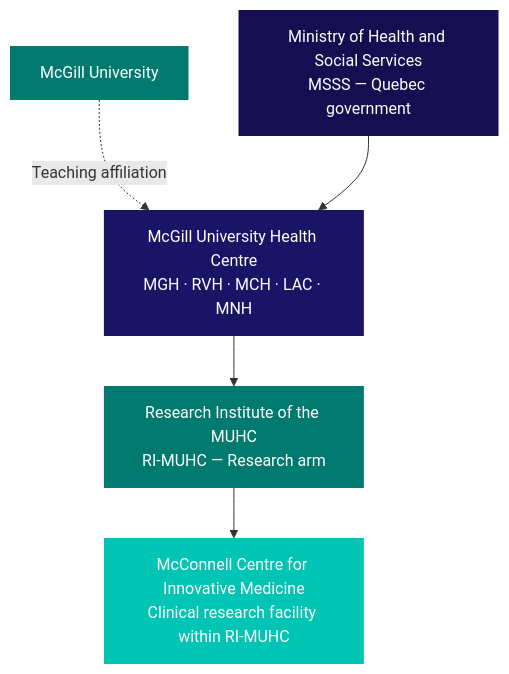
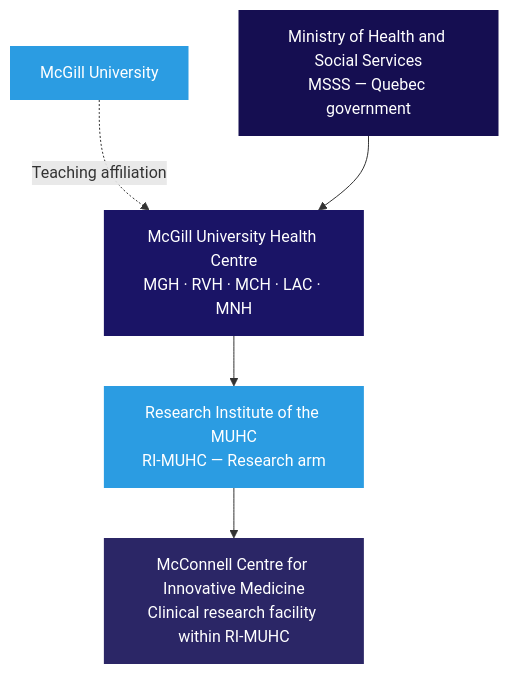
One commit to matthewfiorentino/docs changed the first of 2 diagrams in kb/governance/institutional-structure.mdx. Above: the diagram before and after it, drawn with Mermaid. The commit also changed other lines of this file and 36 other files, not shown here.

````diff
--- a/kb/governance/institutional-structure.mdx
+++ b/kb/governance/institutional-structure.mdx
@@ -11,15 +11,15 @@
 ```mermaid
 flowchart TD
     MSSS["Ministry of Health and Social Services<br/>MSSS — Quebec government"]
     MUHC["McGill University Health Centre<br/>MGH · RVH · MCH · LAC · MNH"]
     McGill["McGill University"] -. Teaching affiliation .-> MUHC
     RIMUHC["Research Institute of the MUHC<br/>RI-MUHC — Research arm"]
     CIM["McConnell Centre for Innovative Medicine<br/>Clinical research facility within RI-MUHC"]
     MSSS --> MUHC --> RIMUHC --> CIM
 
     style MSSS   fill:#150e51,color:#fff,stroke:none
     style MUHC   fill:#1a1466,color:#fff,stroke:none
-    style McGill fill:#007a6e,color:#fff,stroke:none
-    style RIMUHC fill:#007a6e,color:#fff,stroke:none
-    style CIM    fill:#00c4b4,color:#fff,stroke:none
+    style McGill fill:#2b9ce2,color:#fff,stroke:none
+    style RIMUHC fill:#2b9ce2,color:#fff,stroke:none
+    style CIM    fill:#2b2666,color:#fff,stroke:none
 ```
````
